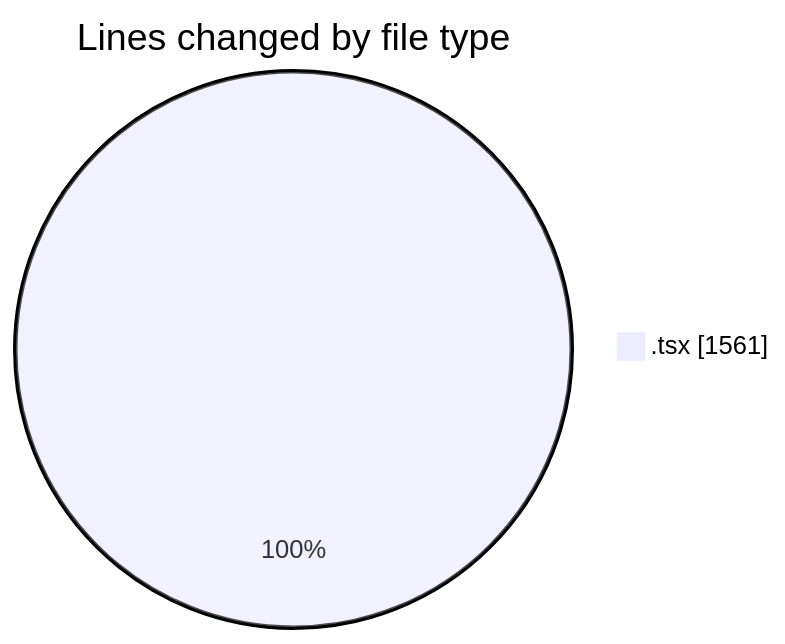
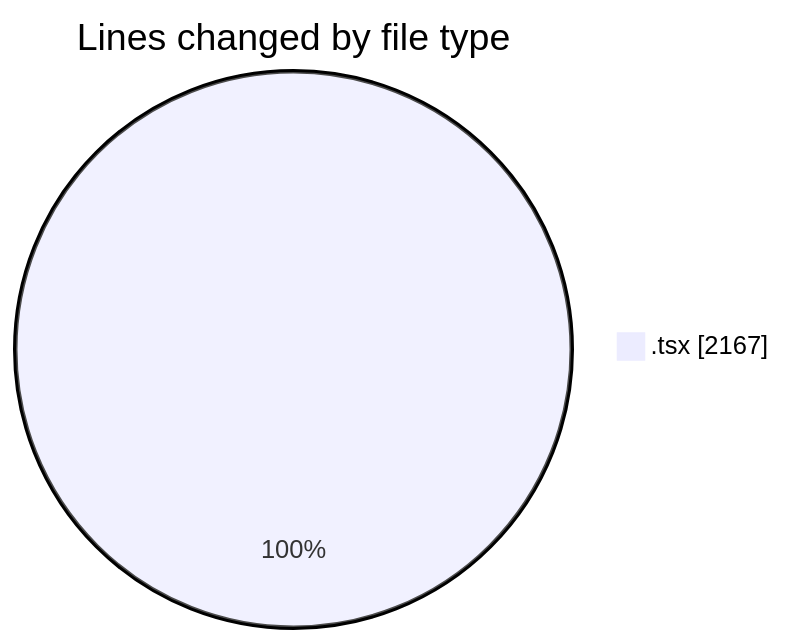
One commit to momahboobian/code-tracking changed the first of 2 diagrams in 2025-04-04/cda/README.md. Above: the diagram before and after it, drawn with Mermaid. The commit also changed other lines of this file and 1 other file, not shown here.

Commit message:
type(cda): Add PoolPosition.tsx file and update lines added, removed, net change, and active time statistics in cda README.md. * Modified functions: none * Files changed: 2025-04-04/activity.json, 2025-04-04/cda/README.md * Activity duration: X minutes (estimated)

````diff
--- a/2025-04-04/cda/README.md
+++ b/2025-04-04/cda/README.md
@@ -25,5 +26,5 @@
 ```mermaid
 pie showData
 title Lines changed by file type
-".tsx" : 1561
+".tsx" : 2167
 ```
````
